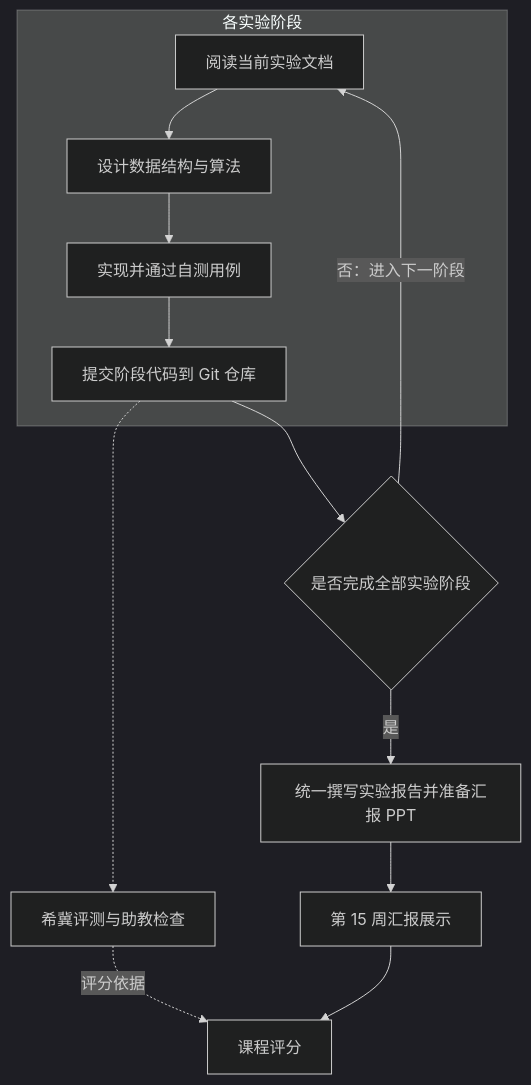
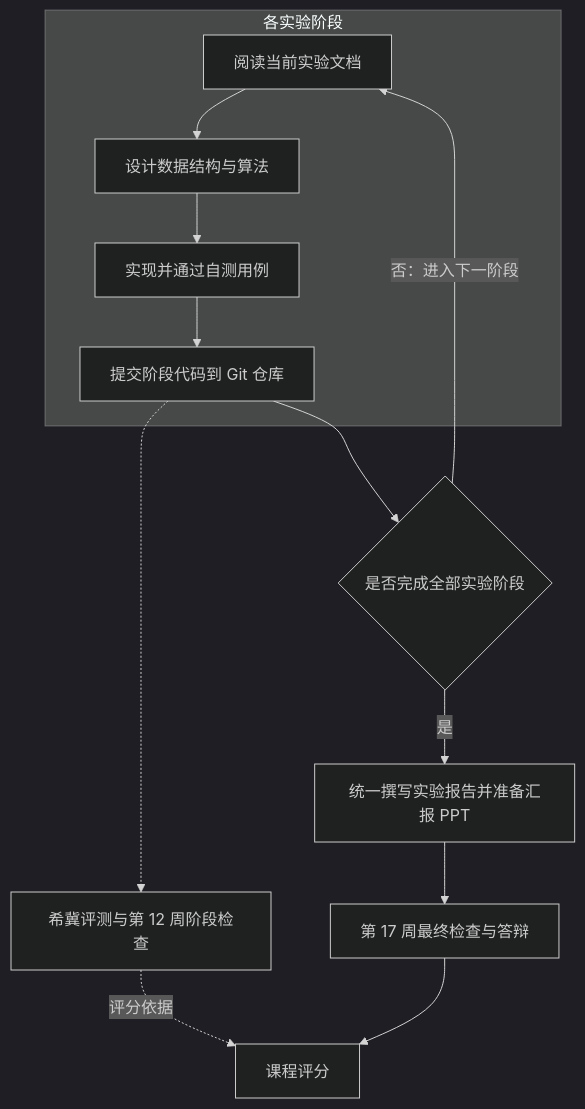
The diagram in docs/guide/workflow.md (lightsmilew/compiler-principles), drawn with Mermaid (dark theme) before and after one commit. The commit also changed other lines of this file and 22 other files, not shown here.

````diff
--- a/docs/guide/workflow.md
+++ b/docs/guide/workflow.md
@@ -16,15 +16,15 @@
 ```mermaid
 flowchart TD
   subgraph STAGE[各实验阶段]
     A[阅读当前实验文档] --> B[设计数据结构与算法]
     B --> C[实现并通过自测用例]
     C --> D[提交阶段代码到 Git 仓库]
   end
   D --> E{是否完成全部实验阶段}
   E -- 否：进入下一阶段 --> A
   E -- 是 --> F[统一撰写实验报告并准备汇报 PPT]
-  F --> G[第 15 周汇报展示]
-  D -.-> H[希冀评测与助教检查]
+  F --> G[第 17 周最终检查与答辩]
+  D -.-> H[希冀评测与第 12 周阶段检查]
   H -. 评分依据 .-> I[课程评分]
   G --> I
 ```
````
